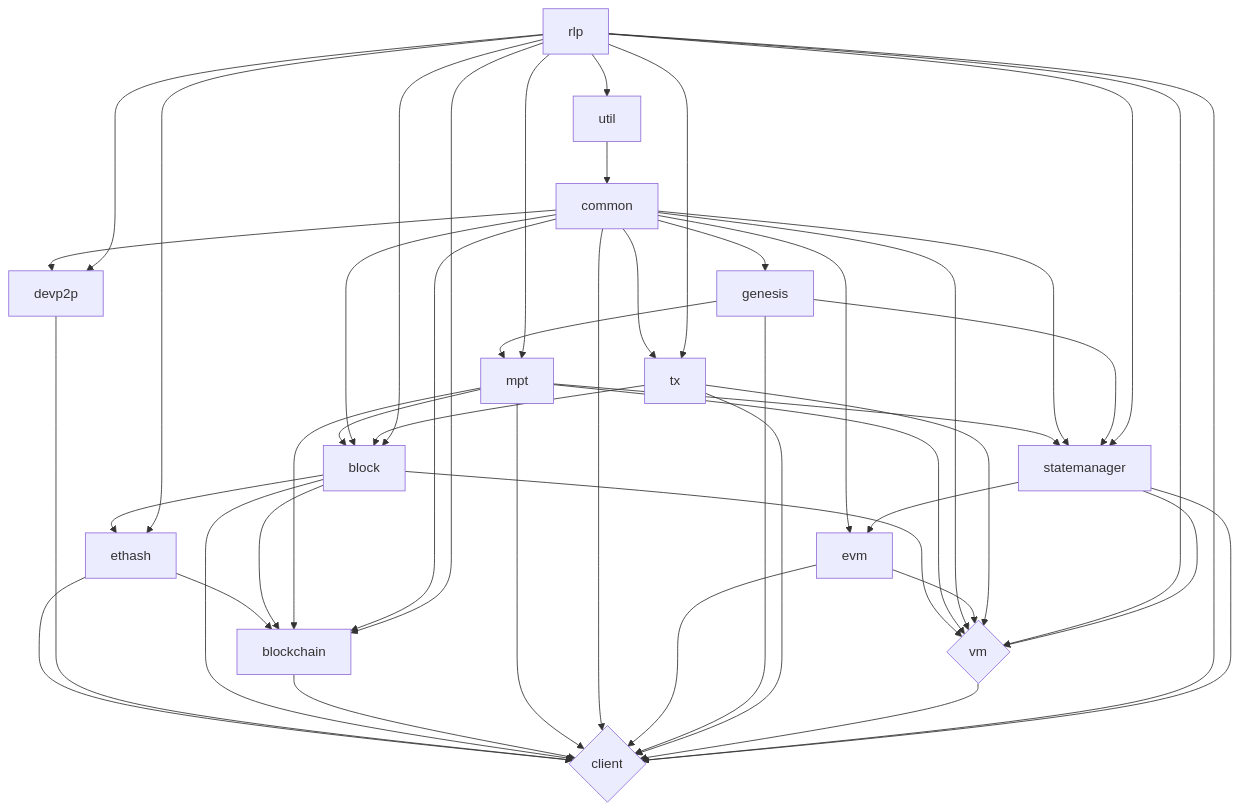
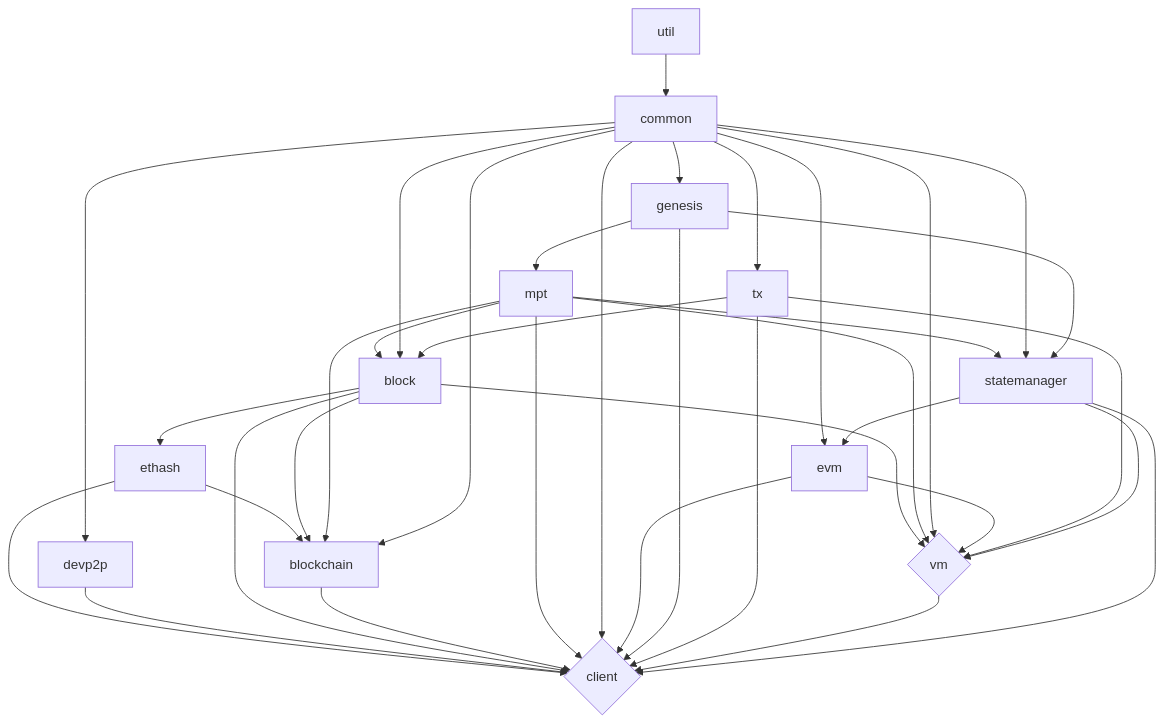
Before and after one commit to ethereumjs/ethereumjs-monorepo: the diagram in README.md, drawn with Mermaid.

Commit message:
test: remove rlp

````diff
--- a/README.md
+++ b/README.md
@@ -64,50 +64,40 @@
 ```mermaid
  graph TD
    vm{vm}
    client{client}
    ethash --> blockchain
    ethash --> client
    devp2p --> client
    block --> client
    block --> blockchain
    block --> ethash
    block --> vm
    blockchain --> client
    mpt --> client
    mpt --> vm
    mpt --> blockchain
    mpt --> block
    mpt --> statemanager
    util --> common
    common --> block
    common --> statemanager
    common --> tx
    common --> blockchain
    common --> vm
    common --> evm
    common --> client
    common --> devp2p
    common --> genesis
    evm --> vm
    evm --> client
    genesis --> client
    genesis --> statemanager
    genesis --> mpt
    tx --> block
    tx --> vm
    tx --> client
    vm --> client
-   rlp --> vm
-   rlp --> util
-   rlp --> tx
-   rlp --> statemanager
-   rlp --> mpt
-   rlp --> ethash
-   rlp --> devp2p
-   rlp --> client
-   rlp --> blockchain
-   rlp --> block
    statemanager --> evm
    statemanager --> vm
    statemanager --> client
 ```
````
